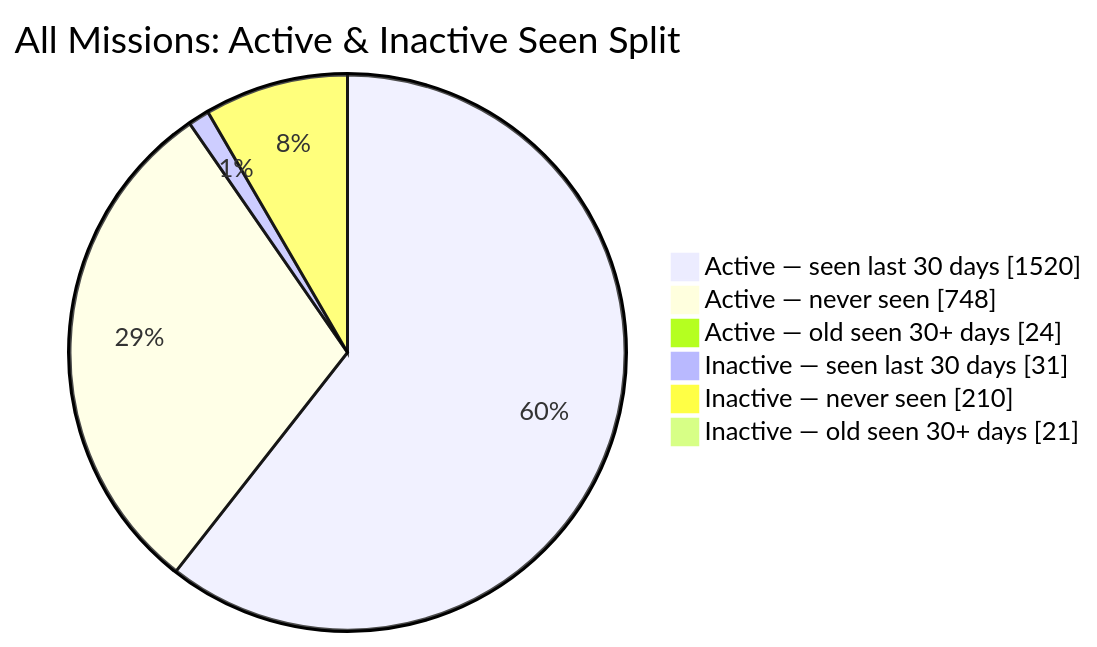
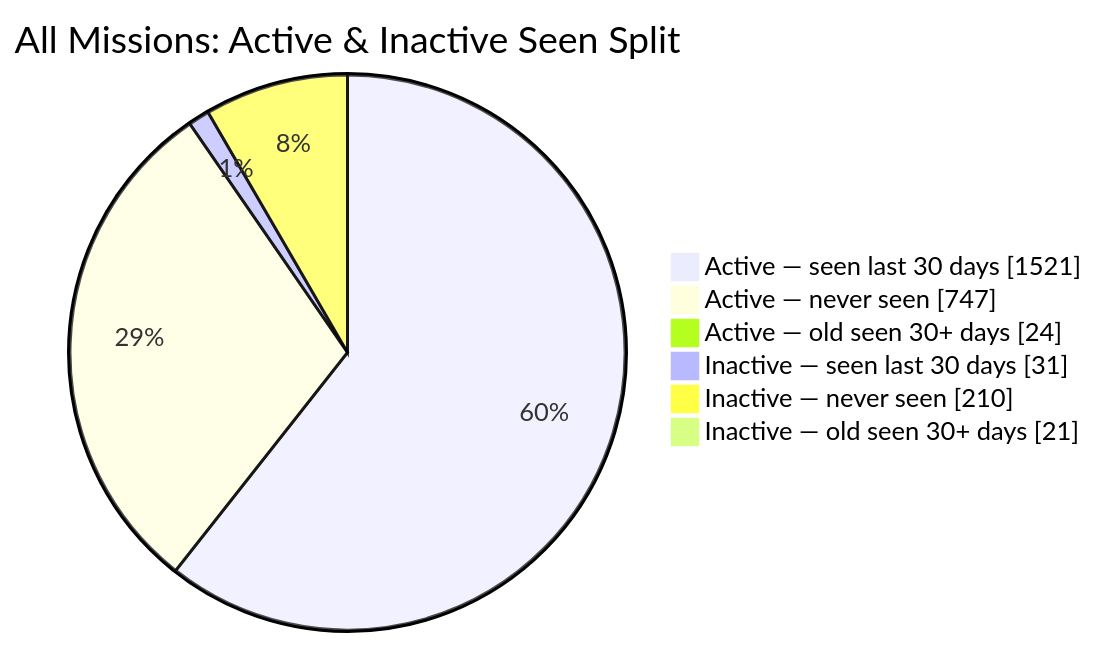
The second of 2 diagrams in README.md (MeldkamerspelGameTeam/active-missions), drawn with Mermaid before and after one commit. The commit also changed other lines of this file and 2 other files, not shown here.

````diff
--- a/README.md
+++ b/README.md
@@ -44,10 +44,10 @@
 ```mermaid
 pie showData
     title All Missions: Active & Inactive Seen Split
-    "Active — seen last 30 days" : 1520
-    "Active — never seen" : 748
+    "Active — seen last 30 days" : 1521
+    "Active — never seen" : 747
     "Active — old seen 30+ days" : 24
     "Inactive — seen last 30 days" : 31
     "Inactive — never seen" : 210
     "Inactive — old seen 30+ days" : 21
 ```
````
